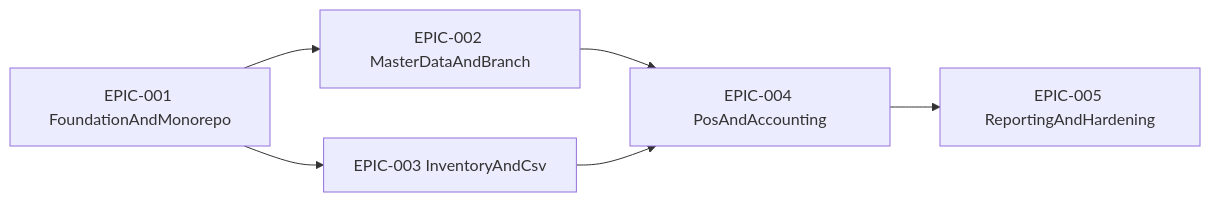
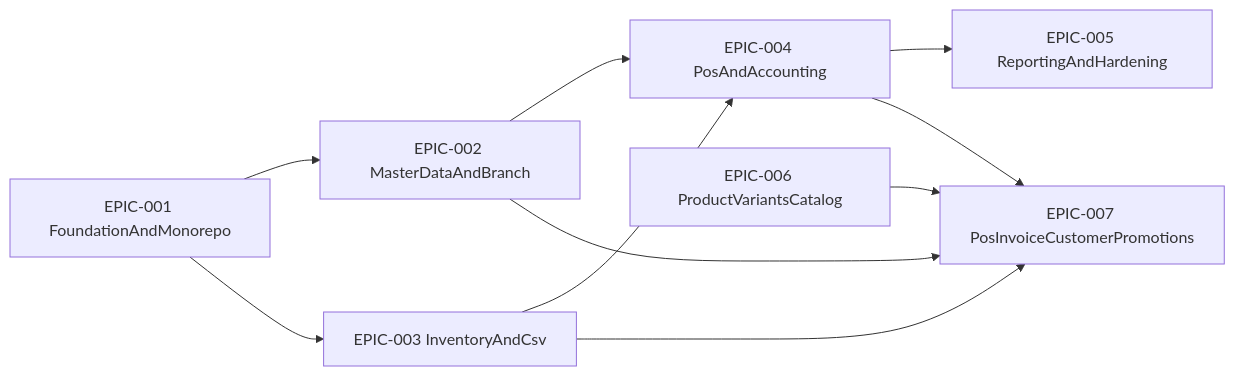
Before and after one commit to JackTran15/jack-erp: the first of 2 diagrams in tickets/README.md, drawn with Mermaid. The commit also changed other lines of this file and 86 other files, not shown here.

Commit message:
feat(database): add promotion and invoice management entities, extend customer model with new fields, and implement customer group functionality

````diff
--- a/tickets/README.md
+++ b/tickets/README.md
@@ -12,8 +12,12 @@
 ```mermaid
 flowchart LR
   E1["EPIC-001 FoundationAndMonorepo"] --> E2["EPIC-002 MasterDataAndBranch"]
   E1 --> E3["EPIC-003 InventoryAndCsv"]
   E2 --> E4["EPIC-004 PosAndAccounting"]
   E3 --> E4
   E4 --> E5["EPIC-005 ReportingAndHardening"]
+  E2 --> E7["EPIC-007 PosInvoiceCustomerPromotions"]
+  E3 --> E7
+  E4 --> E7
+  E6["EPIC-006 ProductVariantsCatalog"] --> E7
 ```
````
